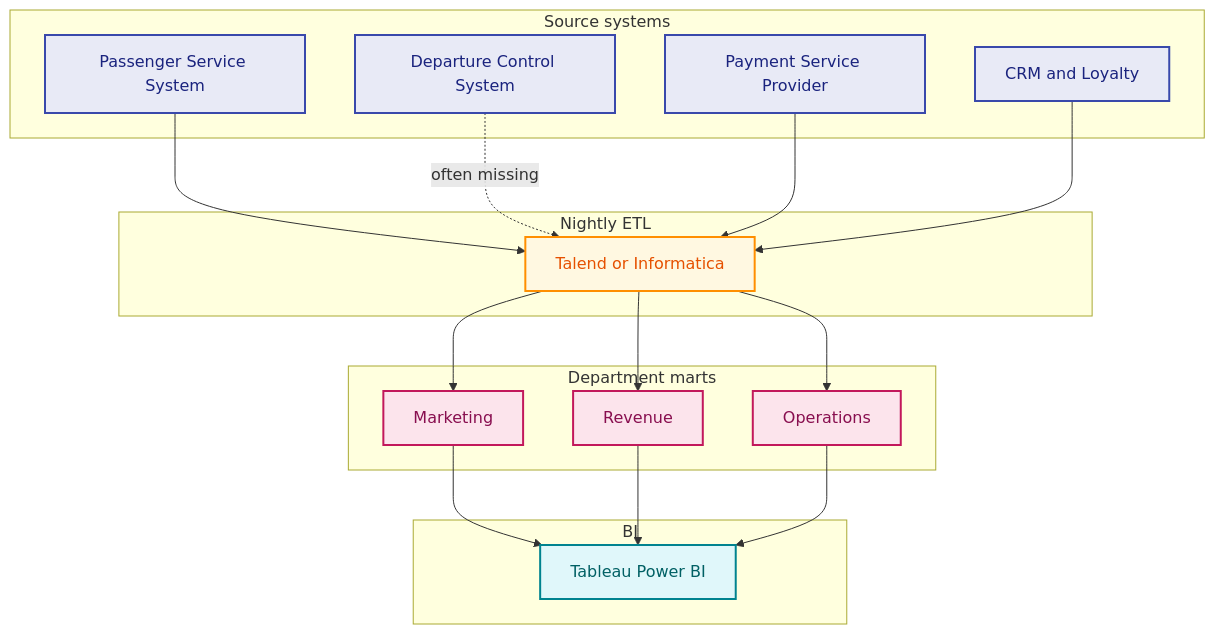
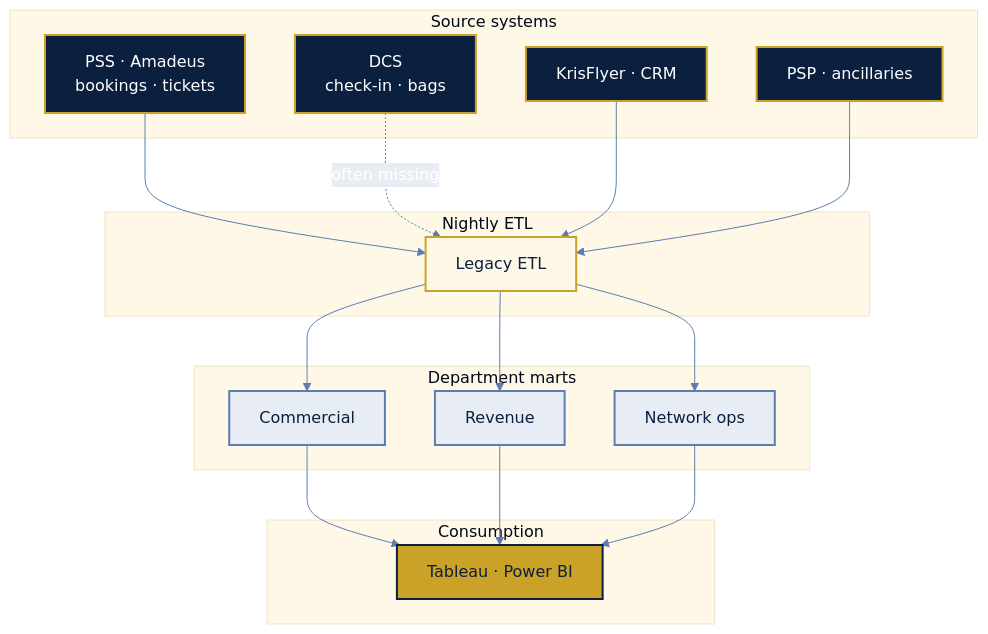
The first of 5 diagrams in README.md (willtran112358/airline-domain-data-platform), drawn with Mermaid before and after one commit. The commit also changed other lines of this file and 17 other files, not shown here.

````diff
--- a/README.md
+++ b/README.md
@@ -86,35 +87,32 @@
 ```mermaid
+%%{init: {'theme':'base', 'themeVariables': {'fontFamily':'Segoe UI, sans-serif','primaryColor':'#0B1F3F','primaryTextColor':'#FFFFFF','primaryBorderColor':'#C9A227','lineColor':'#5B7DB1','secondaryColor':'#E8EDF5','tertiaryColor':'#FFF8E7'}}}%%
 flowchart TB
-    classDef source fill:#e8eaf6,stroke:#3949ab,stroke-width:2px,color:#1a237e
-    classDef ingest fill:#fff8e1,stroke:#ff8f00,stroke-width:2px,color:#e65100
-    classDef store fill:#fce4ec,stroke:#c2185b,stroke-width:2px,color:#880e4f
-    classDef bi fill:#e0f7fa,stroke:#00838f,stroke-width:2px,color:#006064
+    classDef source fill:#0B1F3F,stroke:#C9A227,stroke-width:2px,color:#FFFFFF
+    classDef ingest fill:#FFF8E7,stroke:#C9A227,stroke-width:2px,color:#0B1F3F
+    classDef store fill:#E8EDF5,stroke:#5B7DB1,stroke-width:2px,color:#0B1F3F
+    classDef bi fill:#C9A227,stroke:#0B1F3F,stroke-width:2px,color:#0B1F3F
 
     subgraph src["Source systems"]
-        PSS["Passenger Service System"]:::source
-        DCS["Departure Control System"]:::source
-        PAY["Payment Service Provider"]:::source
-        CRM["CRM and Loyalty"]:::source
+        PSS["PSS · Amadeus<br/>bookings · tickets"]:::source
+        DCS["DCS<br/>check-in · bags"]:::source
+        KF["KrisFlyer · CRM"]:::source
+        PAY["PSP · ancillaries"]:::source
     end
     subgraph etl["Nightly ETL"]
-        T["Talend or Informatica"]:::ingest
+        T["Legacy ETL"]:::ingest
     end
     subgraph marts["Department marts"]
-        M1["Marketing"]:::store
+        M1["Commercial"]:::store
         M2["Revenue"]:::store
-        M3["Operations"]:::store
+        M3["Network ops"]:::store
     end
-    subgraph bi["BI"]
-        TAB["Tableau Power BI"]:::bi
+    subgraph bi["Consumption"]
+        TAB["Tableau · Power BI"]:::bi
     end
     PSS --> T
     DCS -.->|"often missing"| T
+    KF --> T
     PAY --> T
-    CRM --> T
-    T --> M1
-    T --> M2
-    T --> M3
-    M1 --> TAB
-    M2 --> TAB
-    M3 --> TAB
+    T --> M1 & M2 & M3
+    M1 & M2 & M3 --> TAB
 ```
````
